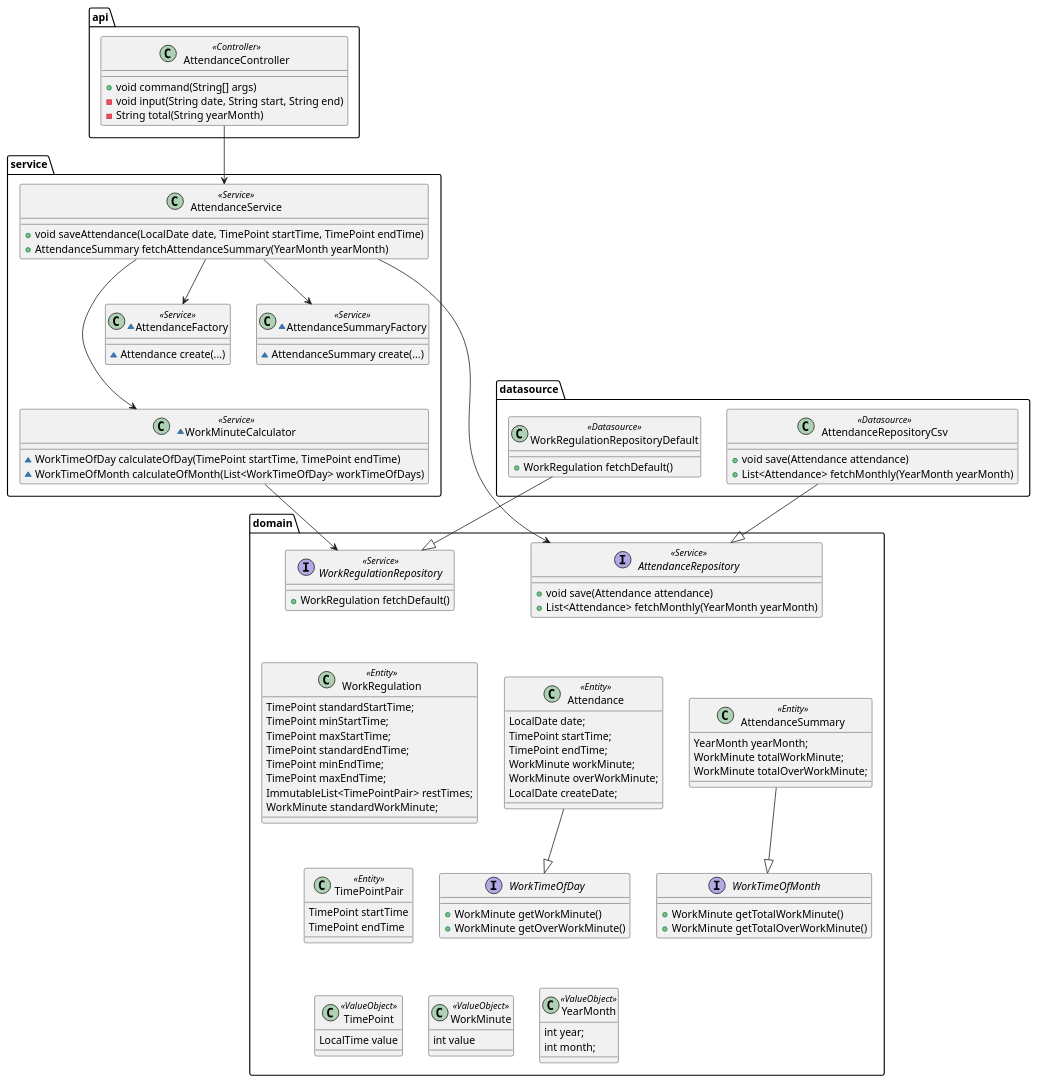
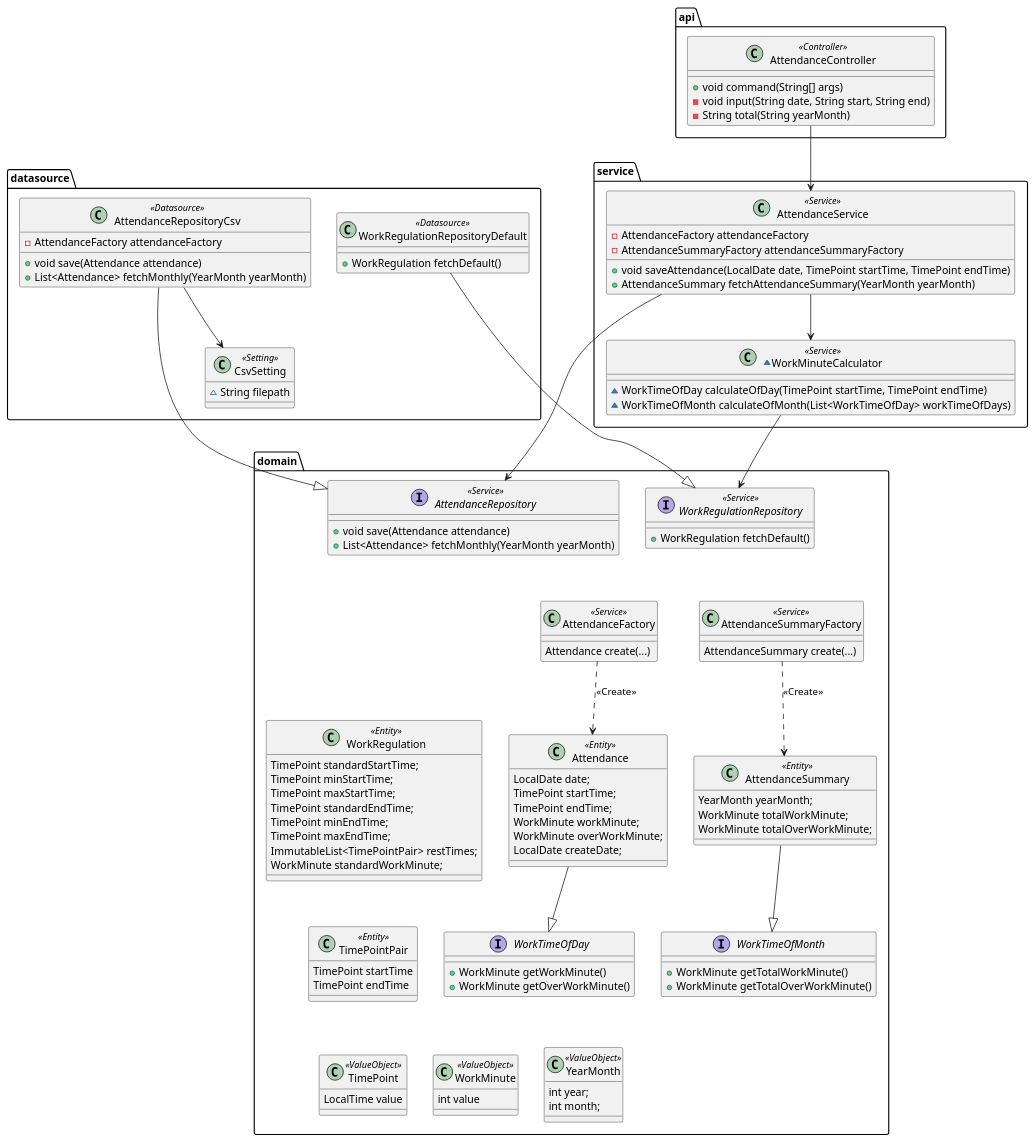
The diagram in etc/document/design/src/model.puml (biglobe-isp/kintai), drawn with PlantUML before and after one commit. The commit also changed 7 other files, not shown here.

Commit message:
Implemented AttendanceRepositoryCsv

```diff
--- a/etc/document/design/src/model.puml
+++ b/etc/document/design/src/model.puml
@@ -1,144 +1,163 @@
 @startuml
 
 package api {
 
     class  AttendanceController <<Controller>> {
         + void command(String[] args)
         - void input(String date, String start, String end)
         - String total(String yearMonth)
     }
 }
 
 package service {
 
     class  AttendanceService <<Service>> {
+        - AttendanceFactory attendanceFactory
+        - AttendanceSummaryFactory attendanceSummaryFactory
         + void saveAttendance(LocalDate date, TimePoint startTime, TimePoint endTime)
         + AttendanceSummary fetchAttendanceSummary(YearMonth yearMonth)
-    }
-
-    ~class AttendanceFactory <<Service>> {
-        ~ Attendance create(...)
-    }
-
-    ~class AttendanceSummaryFactory <<Service>> {
-        ~ AttendanceSummary create(...)
     }
 
     ~class WorkMinuteCalculator <<Service>> {
         ~ WorkTimeOfDay calculateOfDay(TimePoint startTime, TimePoint endTime)
         ~ WorkTimeOfMonth calculateOfMonth(List<WorkTimeOfDay> workTimeOfDays)
     }
 }
 
 package datasource {
 
     class  AttendanceRepositoryCsv <<Datasource>> {
+        - AttendanceFactory attendanceFactory
         + void save(Attendance attendance)
         + List<Attendance> fetchMonthly(YearMonth yearMonth)
+    }
+
+    class CsvSetting <<Setting>> {
+        ~ String filepath
     }
 
     class WorkRegulationRepositoryDefault <<Datasource>> {
         + WorkRegulation fetchDefault()
     }
 }
 
 package domain {
 
     class Attendance <<Entity>> {
         LocalDate date;
         TimePoint startTime;
         TimePoint endTime;
         WorkMinute workMinute;
         WorkMinute overWorkMinute;
         LocalDate createDate;
     }
 
     interface AttendanceRepository <<Service>> {
         + void save(Attendance attendance)
         + List<Attendance> fetchMonthly(YearMonth yearMonth)
     }
 
     class AttendanceSummary <<Entity>> {
         YearMonth yearMonth;
         WorkMinute totalWorkMinute;
         WorkMinute totalOverWorkMinute;
+    }
+
+    class AttendanceFactory <<Service>> {
+        Attendance create(...)
+    }
+
+    class AttendanceSummaryFactory <<Service>> {
+        AttendanceSummary create(...)
     }
 
     class TimePoint <<ValueObject>> {
         LocalTime value
     }
 
     class TimePointPair <<Entity>> {
         TimePoint startTime
         TimePoint endTime
     }
 
     class WorkMinute <<ValueObject>> {
         int value
     }
 
     class WorkRegulation <<Entity>> {
         TimePoint standardStartTime;
         TimePoint minStartTime;
         TimePoint maxStartTime;
         TimePoint standardEndTime;
         TimePoint minEndTime;
         TimePoint maxEndTime;
         ImmutableList<TimePointPair> restTimes;
         WorkMinute standardWorkMinute;
     }
 
     interface WorkRegulationRepository <<Service>> {
         + WorkRegulation fetchDefault()
     }
 
     interface WorkTimeOfDay {
         + WorkMinute getWorkMinute()
         + WorkMinute getOverWorkMinute()
     }
 
     interface WorkTimeOfMonth {
         + WorkMinute getTotalWorkMinute()
         + WorkMinute getTotalOverWorkMinute()
     }
 
     class YearMonth <<ValueObject>> {
         int year;
         int month;
     }
 }
 
 
 ''' api
 AttendanceController --> AttendanceService
 
 
 ''' service
 AttendanceService --> AttendanceRepository
-AttendanceService --> AttendanceFactory
-AttendanceService --> AttendanceSummaryFactory
+' AttendanceService --> AttendanceFactory
+' AttendanceService --> AttendanceSummaryFactory
 AttendanceService --> WorkMinuteCalculator
 WorkMinuteCalculator --> WorkRegulationRepository
-' AttendanceFactory ..> Attendance : <<Create>>
-' AttendanceSummaryFactory ..> AttendanceSummary : <<Create>>
+AttendanceFactory ..> Attendance : <<Create>>
+AttendanceSummaryFactory ..> AttendanceSummary : <<Create>>
 AttendanceFactory -[hidden]- WorkMinuteCalculator
+
 
 ''' datasource
 AttendanceRepositoryCsv --|> AttendanceRepository
+' AttendanceRepositoryCsv --> AttendanceFactory
+AttendanceRepositoryCsv --> CsvSetting
 WorkRegulationRepositoryDefault --|> WorkRegulationRepository
 
 
 ''' domain
 Attendance --|> WorkTimeOfDay
 AttendanceSummary --|> WorkTimeOfMonth
 
-WorkRegulationRepository -[hidden]- WorkRegulation
+
+''' placement order
+WorkRegulationRepositoryDefault -[hidden] AttendanceRepositoryCsv
+AttendanceRepositoryCsv -[hidden]- CsvSetting
+CsvSetting -[hidden]- WorkRegulationRepository
+WorkMinuteCalculator -[hidden]- WorkRegulationRepository
+WorkRegulationRepository -[hidden] AttendanceRepository
+AttendanceRepository -[hidden]- AttendanceFactory
+AttendanceFactory -[hidden] AttendanceSummaryFactory
+
 WorkRegulation -[hidden] Attendance
 Attendance -[hidden] AttendanceSummary
 WorkTimeOfDay -[hidden] WorkTimeOfMonth
 WorkRegulation -[hidden]- TimePointPair
 TimePointPair -[hidden]- TimePoint
 TimePoint -[hidden] WorkMinute
 WorkMinute -[hidden] YearMonth
 
 @enduml
```
